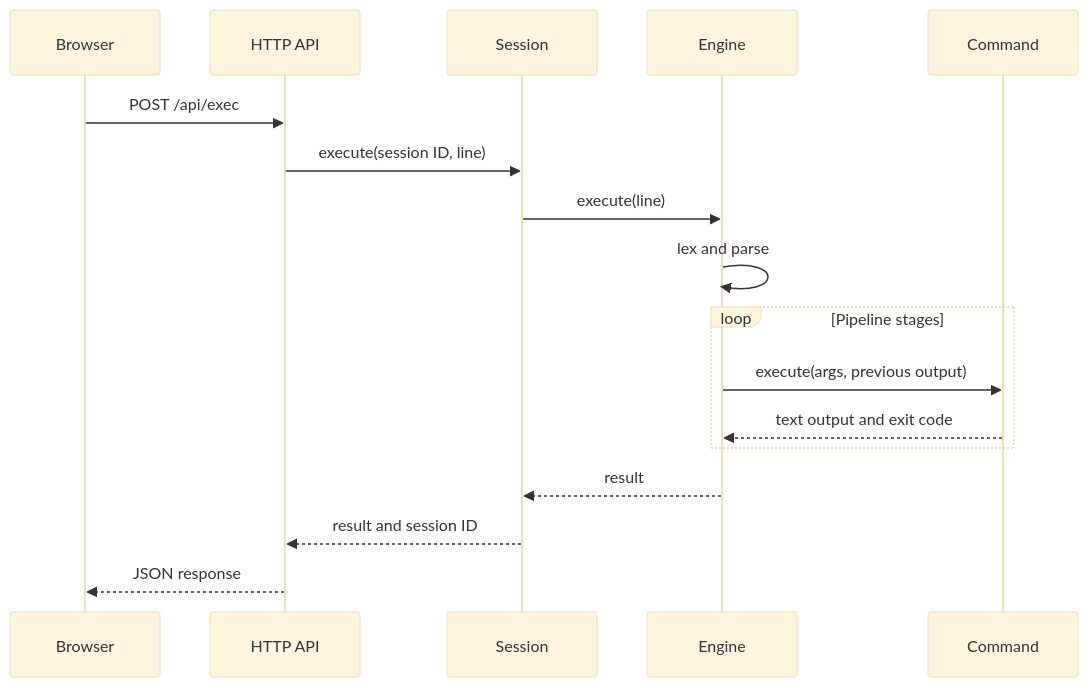
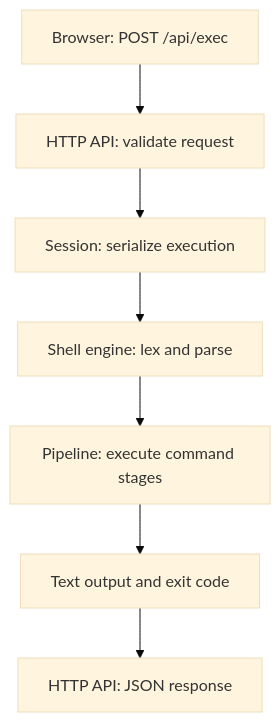
The second of 2 diagrams in content/docs/architecture/vaultsh.md (mateoRc/lab), drawn with Mermaid (base theme) before and after one commit. The commit also changed 3 other files, not shown here.

````diff
--- a/content/docs/architecture/vaultsh.md
+++ b/content/docs/architecture/vaultsh.md
@@ -47,20 +47,12 @@
-```mermaid
-sequenceDiagram
-    participant B as Browser
-    participant A as HTTP API
-    participant S as Session
-    participant E as Engine
-    participant C as Command
+```mermaid compact
+flowchart TD
+    browser["Browser: POST /api/exec"]
+    api["HTTP API: validate request"]
+    session["Session: serialize execution"]
+    parser["Shell engine: lex and parse"]
+    stages["Pipeline: execute command stages"]
+    result["Text output and exit code"]
+    response["HTTP API: JSON response"]
 
-    B->>A: POST /api/exec
-    A->>S: execute(session ID, line)
-    S->>E: execute(line)
-    E->>E: lex and parse
-    loop Pipeline stages
-        E->>C: execute(args, previous output)
-        C-->>E: text output and exit code
-    end
-    E-->>S: result
-    S-->>A: result and session ID
-    A-->>B: JSON response
+    browser --> api --> session --> parser --> stages --> result --> response
 ```
````
